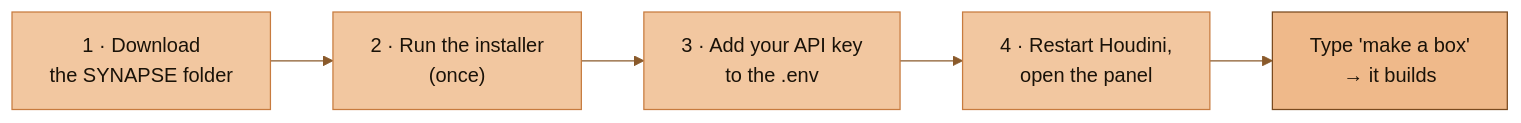
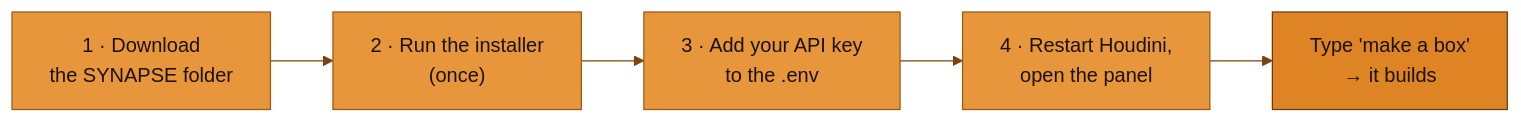
One commit to JosephOIbrahim/Synapse changed the sixth of 7 diagrams in README.md. Above: the diagram before and after it, drawn with Mermaid. The commit also changed other lines of this file, not shown here.

Commit message:
docs(readme): deepen the mermaid orange — darker, more saturated

````diff
--- a/README.md
+++ b/README.md
@@ -249,10 +249,10 @@
 ```mermaid
-%%{init: {'theme':'base', 'themeVariables': {'primaryColor':'#F2C7A0','primaryTextColor':'#1A1208','primaryBorderColor':'#C77B3F','lineColor':'#8A5A2B','secondaryColor':'#F7DDC2','tertiaryColor':'#FBEBD9','edgeLabelBackground':'#F7DDC2','clusterBkg':'#FBEBD9','clusterBorder':'#C77B3F'}}}%%
+%%{init: {'theme':'base', 'themeVariables': {'primaryColor':'#E8963B','primaryTextColor':'#1A1208','primaryBorderColor':'#9C5A10','lineColor':'#7A4310','secondaryColor':'#EEA958','tertiaryColor':'#F2BC77','edgeLabelBackground':'#F2BC77','clusterBkg':'#F2BC77','clusterBorder':'#9C5A10'}}}%%
 flowchart LR
     DL["1 · Download<br/>the SYNAPSE folder"]:::step --> REG["2 · Run the installer<br/>(once)"]:::step
     REG --> KEY["3 · Add your API key<br/>to the .env"]:::step
     KEY --> OPEN["4 · Restart Houdini,<br/>open the panel"]:::step
     OPEN --> CHAT["Type 'make a box'<br/>→ it builds"]:::done
-    classDef step fill:#F2C7A0,stroke:#C77B3F,color:#1A1208
-    classDef done fill:#EFB98A,stroke:#7A4A1F,color:#1A1208
+    classDef step fill:#E8963B,stroke:#9C5A10,color:#1A1208
+    classDef done fill:#DE8425,stroke:#6B3A0C,color:#1A1208
 ```
````
